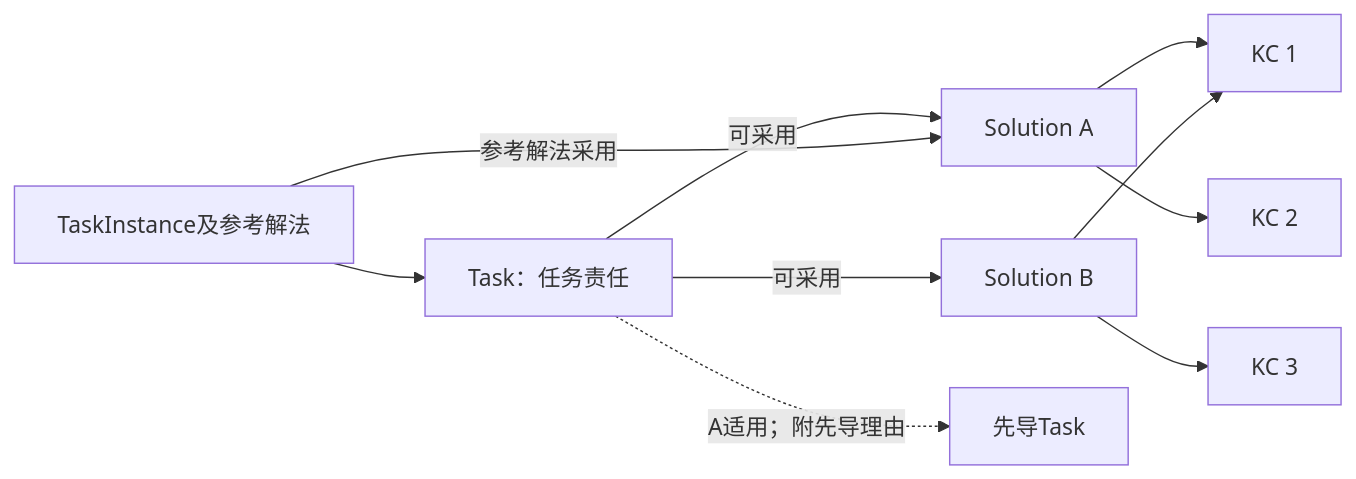
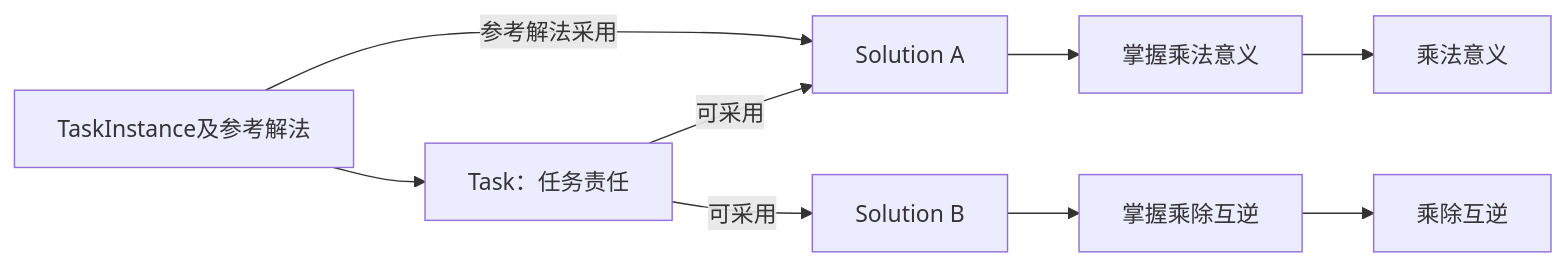
Before and after one commit to ivgotcrazy/deermind: the first of 3 diagrams in doc/mvp/m1/design/Content_and_Model_Reference.md, drawn with Mermaid. The commit also changed other lines of this file and 110 other files, not shown here.

````diff
--- a/doc/mvp/m1/design/Content_and_Model_Reference.md
+++ b/doc/mvp/m1/design/Content_and_Model_Reference.md
@@ -120,12 +120,11 @@
 ```mermaid
 flowchart LR
     T["Task：任务责任"] -->|"可采用"| A["Solution A"]
     T -->|"可采用"| B["Solution B"]
-    A --> K1["KC 1"]
-    A --> K2["KC 2"]
-    B --> K1
-    B --> K3["KC 3"]
-    T -. "A适用；附先导理由" .-> P["先导Task"]
+    A --> P["掌握乘法意义"]
+    B --> R["掌握乘除互逆"]
+    P --> K1["乘法意义"]
+    R --> K2["乘除互逆"]
     Q["TaskInstance及参考解法"] --> T
     Q -->|"参考解法采用"| A
 ```
````
